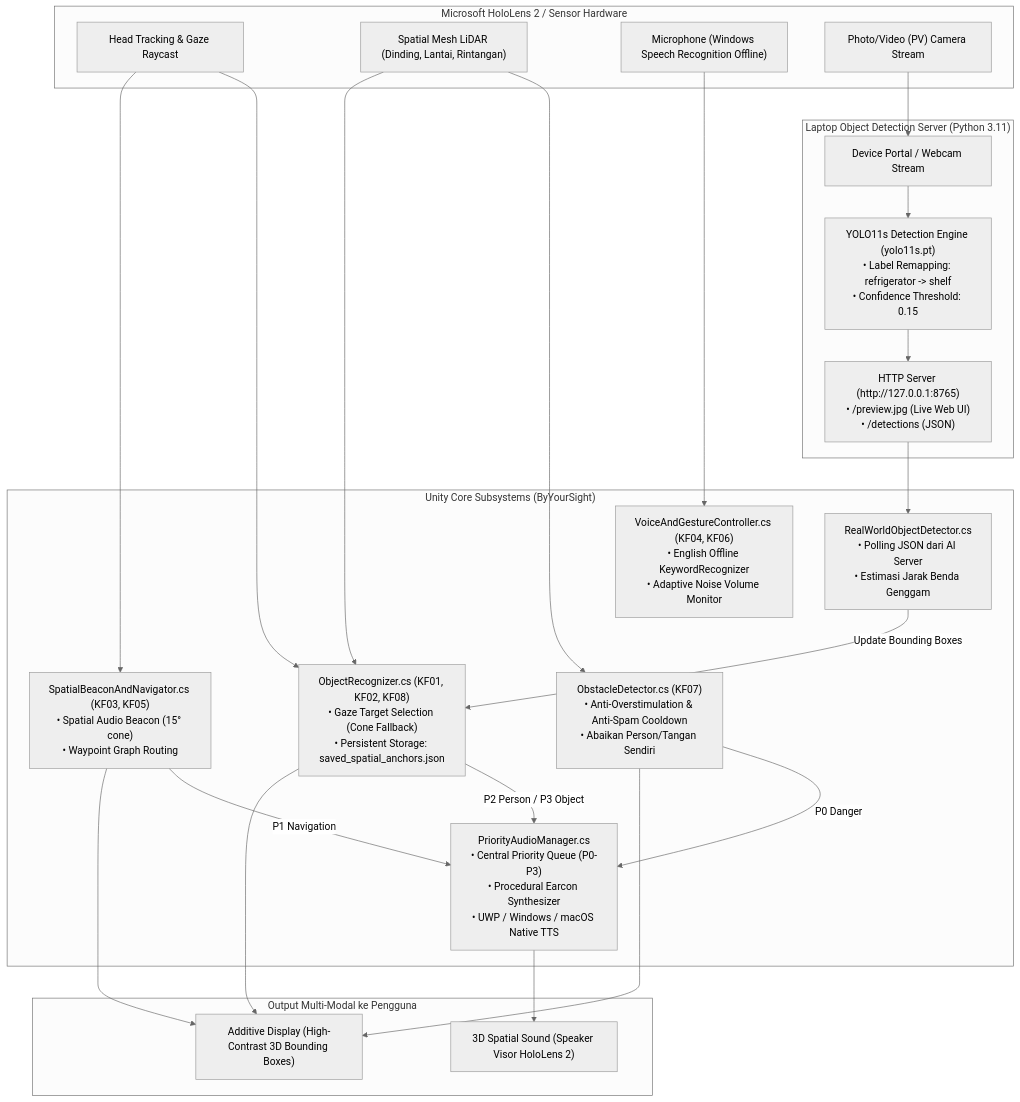
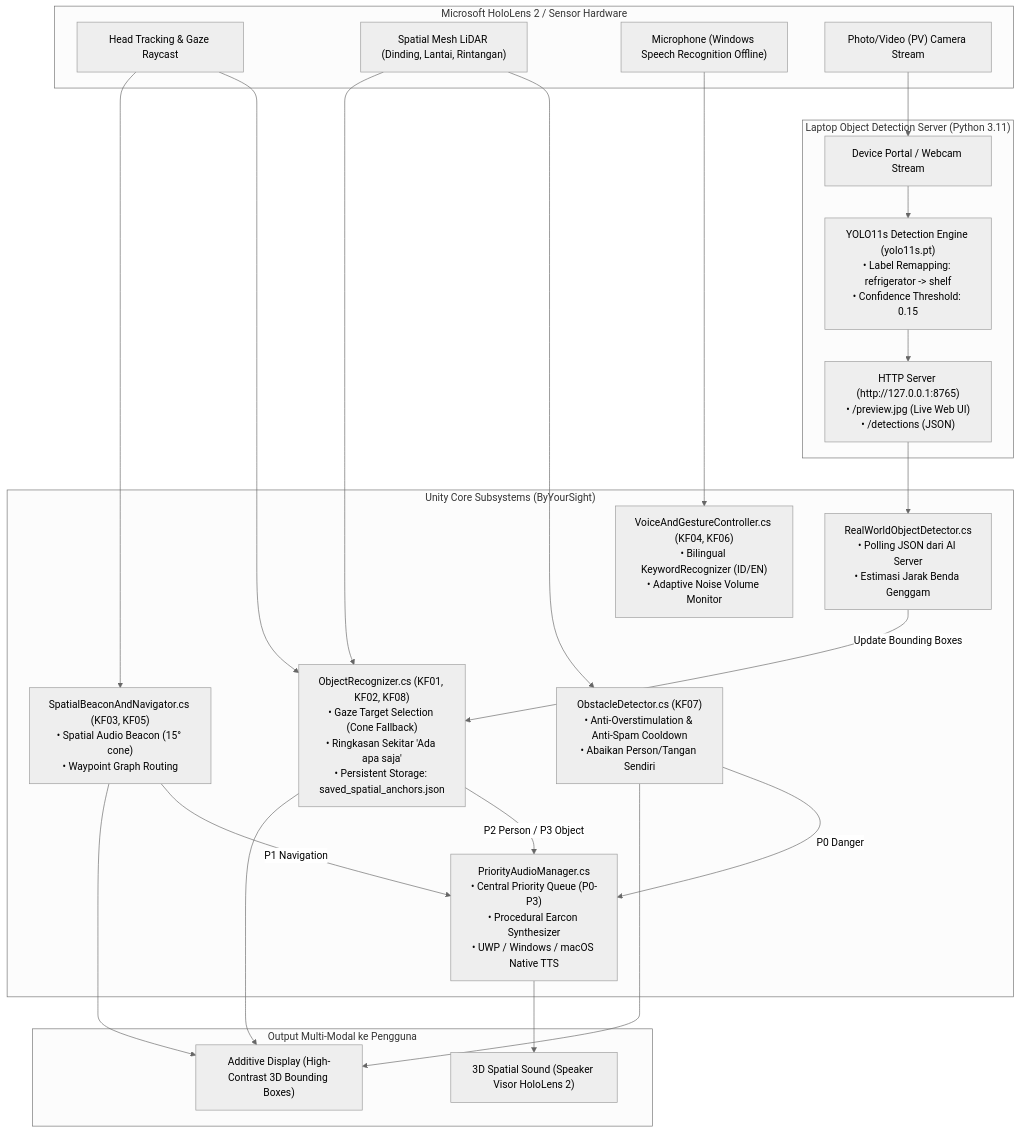
The diagram in README.md (sammmine/ByYourSight), drawn with Mermaid (neutral theme) before and after one commit. The commit also changed other lines of this file, not shown here.

Commit message:
docs: synchronize README with current bilingual and overview features

````diff
--- a/README.md
+++ b/README.md
@@ -51,42 +51,42 @@
 ```mermaid
 flowchart TD
     subgraph EdgeDevice["Microsoft HoloLens 2 / Sensor Hardware"]
         Head["Head Tracking & Gaze Raycast"]
         Mesh["Spatial Mesh LiDAR (Dinding, Lantai, Rintangan)"]
         Mic["Microphone (Windows Speech Recognition Offline)"]
         Cam["Photo/Video (PV) Camera Stream"]
     end
 
     subgraph AIServer["Laptop Object Detection Server (Python 3.11)"]
         PortalReader["Device Portal / Webcam Stream"]
         YOLO["YOLO11s Detection Engine (yolo11s.pt)\n• Label Remapping: refrigerator -> shelf\n• Confidence Threshold: 0.15"]
         JSONEndpoint["HTTP Server (http://127.0.0.1:8765)\n• /preview.jpg (Live Web UI)\n• /detections (JSON)"]
     end
 
     subgraph UnityCore["Unity Core Subsystems (ByYourSight)"]
         OD["ObstacleDetector.cs (KF07)\n• Anti-Overstimulation & Anti-Spam Cooldown\n• Abaikan Person/Tangan Sendiri"]
-        OR["ObjectRecognizer.cs (KF01, KF02, KF08)\n• Gaze Target Selection (Cone Fallback)\n• Persistent Storage: saved_spatial_anchors.json"]
+        OR["ObjectRecognizer.cs (KF01, KF02, KF08)\n• Gaze Target Selection (Cone Fallback)\n• Ringkasan Sekitar 'Ada apa saja'\n• Persistent Storage: saved_spatial_anchors.json"]
         SBN["SpatialBeaconAndNavigator.cs (KF03, KF05)\n• Spatial Audio Beacon (15° cone)\n• Waypoint Graph Routing"]
-        VGC["VoiceAndGestureController.cs (KF04, KF06)\n• English Offline KeywordRecognizer\n• Adaptive Noise Volume Monitor"]
+        VGC["VoiceAndGestureController.cs (KF04, KF06)\n• Bilingual KeywordRecognizer (ID/EN)\n• Adaptive Noise Volume Monitor"]
         RWOD["RealWorldObjectDetector.cs\n• Polling JSON dari AI Server\n• Estimasi Jarak Benda Genggam"]
         PAM["PriorityAudioManager.cs\n• Central Priority Queue (P0-P3)\n• Procedural Earcon Synthesizer\n• UWP / Windows / macOS Native TTS"]
     end
 
     subgraph UserFeedback["Output Multi-Modal ke Pengguna"]
         Audio["3D Spatial Sound (Speaker Visor HoloLens 2)"]
         Visual["Additive Display (High-Contrast 3D Bounding Boxes)"]
     end
 
     Cam --> PortalReader --> YOLO --> JSONEndpoint --> RWOD
     Head --> OR & SBN
     Mesh --> OD & OR
     Mic --> VGC
 
     OD -->|P0 Danger| PAM
     SBN -->|P1 Navigation| PAM
     OR -->|P2 Person / P3 Object| PAM
     RWOD -->|Update Bounding Boxes| OR
 
     PAM --> Audio
     OR & OD & SBN --> Visual
 ```
````
